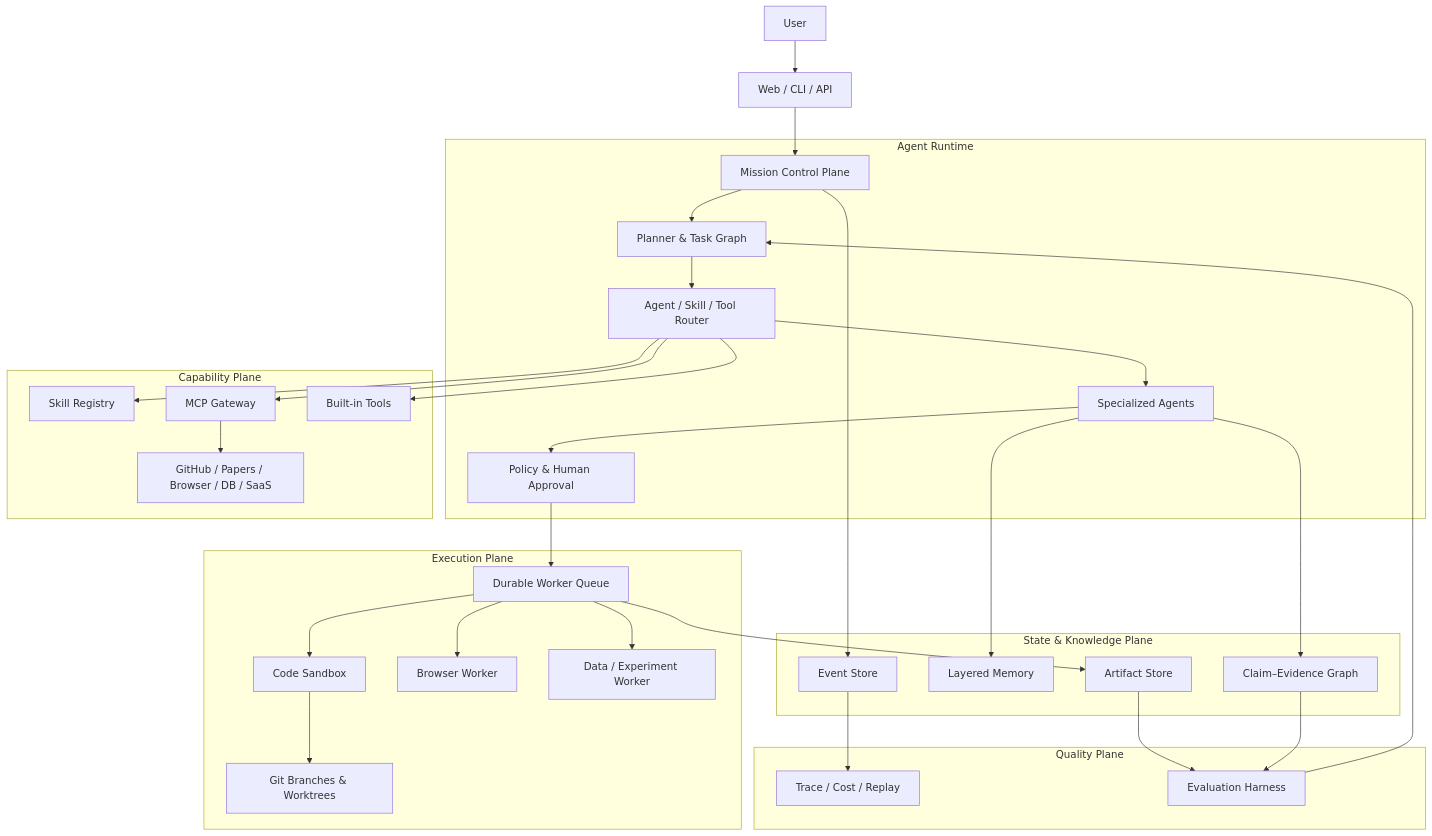
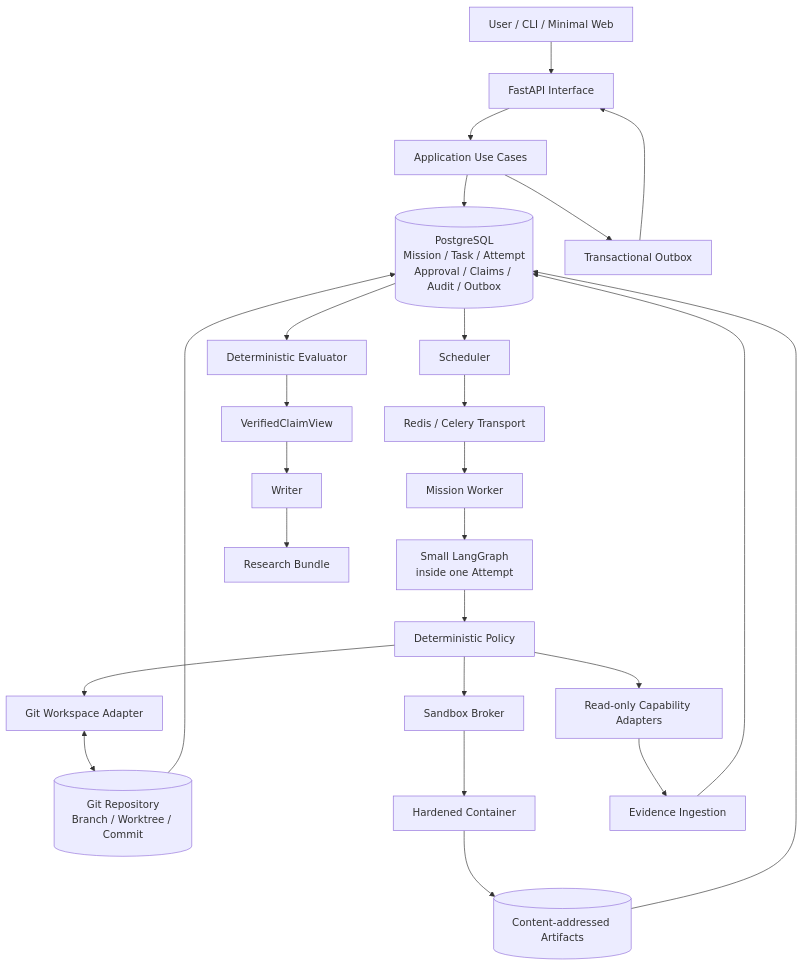
One commit to chasen2041maker/research-forge changed the diagram in docs/architecture/AGENT_CAPABILITY_PLATFORM_BLUEPRINT.md. Above: the diagram before and after it, drawn with Mermaid. The commit also changed other lines of this file and 2 other files, not shown here.

Commit message:
docs: refine reviewed architecture and layering rules

````diff
--- a/docs/architecture/AGENT_CAPABILITY_PLATFORM_BLUEPRINT.md
+++ b/docs/architecture/AGENT_CAPABILITY_PLATFORM_BLUEPRINT.md
@@ -290,41 +208,35 @@
 ```mermaid
 flowchart TB
-    User["User"] --> UI["Web / CLI / API"]
-    UI --> Control["Mission Control Plane"]
+    User["User / CLI / Minimal Web"] --> API["FastAPI Interface"]
 
-    subgraph Runtime["Agent Runtime"]
-        Control --> Planner["Planner & Task Graph"]
-        Planner --> Router["Agent / Skill / Tool Router"]
-        Router --> Agents["Specialized Agents"]
-        Agents --> Guard["Policy & Human Approval"]
-    end
+    API --> App["Application Use Cases"]
+    App --> DB[("PostgreSQL\nMission / Task / Attempt\nApproval / Claims / Audit / Outbox")]
 
-    subgraph Capability["Capability Plane"]
-        Router --> Skills["Skill Registry"]
-        Router --> MCP["MCP Gateway"]
-        Router --> Builtins["Built-in Tools"]
-        MCP --> External["GitHub / Papers / Browser / DB / SaaS"]
-    end
+    DB --> Scheduler["Scheduler"]
+    Scheduler --> Queue["Redis / Celery Transport"]
+    Queue --> Worker["Mission Worker"]
 
-    subgraph Execution["Execution Plane"]
-        Guard --> Queue["Durable Worker Queue"]
-        Queue --> Code["Code Sandbox"]
-        Queue --> Browser["Browser Worker"]
-        Queue --> Data["Data / Experiment Worker"]
-        Code --> Git["Git Branches & Worktrees"]
-    end
+    Worker --> AttemptGraph["Small LangGraph\ninside one Attempt"]
+    AttemptGraph --> Policy["Deterministic Policy"]
 
-    subgraph Knowledge["State & Knowledge Plane"]
-        Control --> Events["Event Store"]
-        Agents --> Memory["Layered Memory"]
-        Agents --> Evidence["Claim–Evidence Graph"]
-        Queue --> Artifacts["Artifact Store"]
-    end
+    Policy --> Research["Read-only Capability Adapters"]
+    Policy --> GitWorker["Git Workspace Adapter"]
+    Policy --> Broker["Sandbox Broker"]
 
-    subgraph Quality["Quality Plane"]
-        Events --> Trace["Trace / Cost / Replay"]
-        Artifacts --> Eval["Evaluation Harness"]
-        Evidence --> Eval
-        Eval --> Planner
-    end
+    GitWorker <--> Git[("Git Repository\nBranch / Worktree / Commit")]
+    Broker --> Sandbox["Hardened Container"]
+    Sandbox --> CAS[("Content-addressed Artifacts")]
+
+    Research --> Evidence["Evidence Ingestion"]
+    Evidence --> DB
+    CAS --> DB
+    Git --> DB
+
+    DB --> Evaluator["Deterministic Evaluator"]
+    Evaluator --> Claims["VerifiedClaimView"]
+    Claims --> Writer["Writer"]
+    Writer --> Bundle["Research Bundle"]
+
+    App --> Outbox["Transactional Outbox"]
+    Outbox --> API
 ```
````
